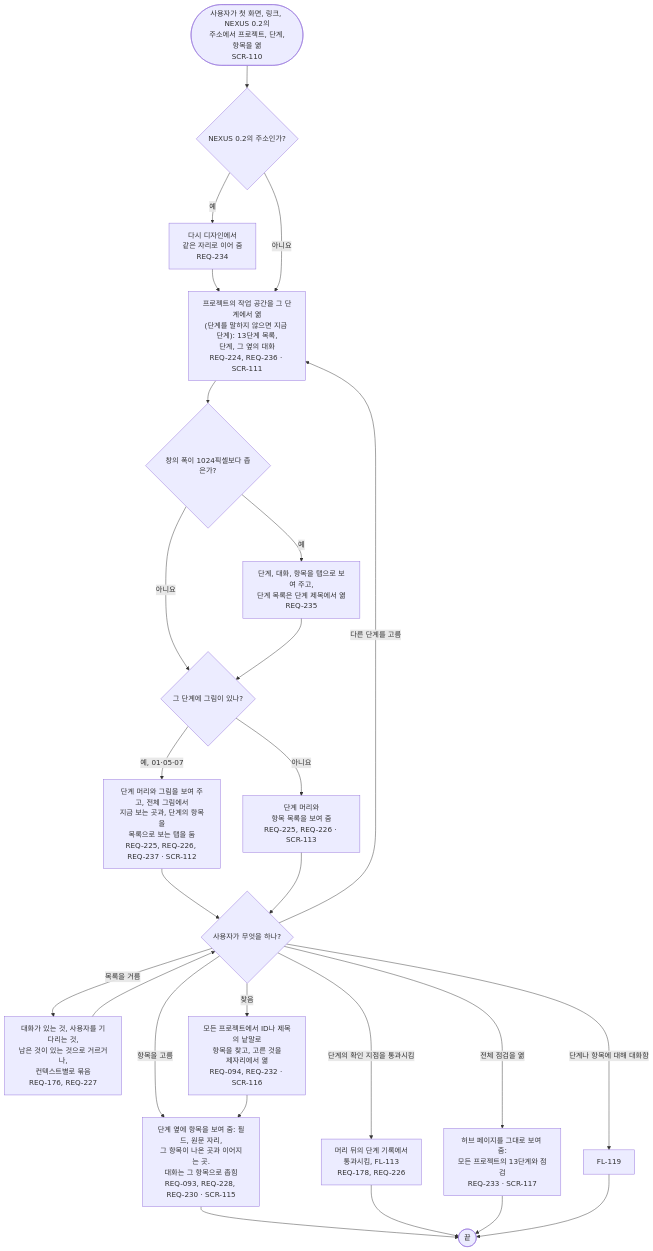
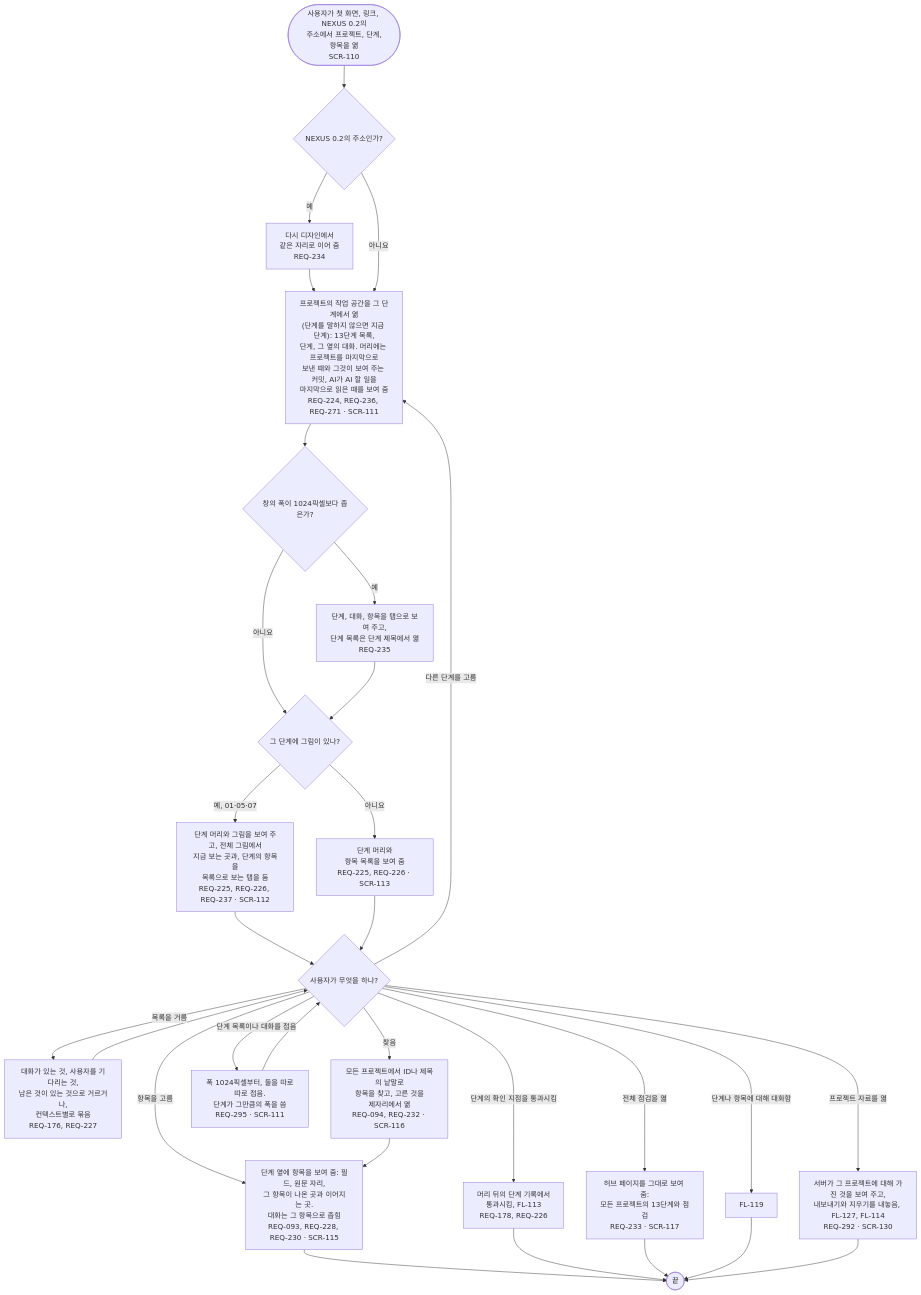
One commit to kodonghui/corthex-nexus changed the diagram in docs/03-user-flow/nexus/FL-118-find-the-way-in-a-project.ko.md. Above: the diagram before and after it, drawn with Mermaid. The commit also changed other lines of this file and 43 other files, not shown here.

````diff
--- a/docs/03-user-flow/nexus/FL-118-find-the-way-in-a-project.ko.md
+++ b/docs/03-user-flow/nexus/FL-118-find-the-way-in-a-project.ko.md
@@ -9,28 +9,32 @@
 ```mermaid
 flowchart TD
   A(["사용자가 첫 화면, 링크, NEXUS 0.2의<br/>주소에서 프로젝트, 단계,<br/>항목을 엶<br/>SCR-110"]) --> B{"NEXUS 0.2의 주소인가?"}
   B -->|예| B1["다시 디자인에서<br/>같은 자리로 이어 줌<br/>REQ-234"]
   B1 --> C
-  B -->|아니요| C["프로젝트의 작업 공간을 그 단계에서 엶<br/>(단계를 말하지 않으면 지금 단계): 13단계 목록,<br/>단계, 그 옆의 대화<br/>REQ-224, REQ-236 · SCR-111"]
+  B -->|아니요| C["프로젝트의 작업 공간을 그 단계에서 엶<br/>(단계를 말하지 않으면 지금 단계): 13단계 목록,<br/>단계, 그 옆의 대화. 머리에는 프로젝트를 마지막으로<br/>보낸 때와 그것이 보여 주는 커밋, AI가 AI 할 일을<br/>마지막으로 읽은 때를 보여 줌<br/>REQ-224, REQ-236, REQ-271 · SCR-111"]
   C --> W{"창의 폭이 1024픽셀보다 좁은가?"}
   W -->|예| W1["단계, 대화, 항목을 탭으로 보여 주고,<br/>단계 목록은 단계 제목에서 엶<br/>REQ-235"]
   W -->|아니요| D
   W1 --> D{"그 단계에 그림이 있나?"}
   D -->|예, 01·05·07| E["단계 머리와 그림을 보여 주고, 전체 그림에서<br/>지금 보는 곳과, 단계의 항목을<br/>목록으로 보는 탭을 둠<br/>REQ-225, REQ-226, REQ-237 · SCR-112"]
   D -->|아니요| F["단계 머리와<br/>항목 목록을 보여 줌<br/>REQ-225, REQ-226 · SCR-113"]
   E --> G{"사용자가 무엇을 하나?"}
   F --> G
   G -->|목록을 거름| H["대화가 있는 것, 사용자를 기다리는 것,<br/>남은 것이 있는 것으로 거르거나,<br/>컨텍스트별로 묶음<br/>REQ-176, REQ-227"]
   H --> G
   G -->|항목을 고름| I["단계 옆에 항목을 보여 줌: 필드, 원문 자리,<br/>그 항목이 나온 곳과 이어지는 곳.<br/>대화는 그 항목으로 좁힘<br/>REQ-093, REQ-228, REQ-230 · SCR-115"]
   I --> Z(["끝"])
   G -->|다른 단계를 고름| C
   G -->|찾음| J["모든 프로젝트에서 ID나 제목의 낱말로<br/>항목을 찾고, 고른 것을<br/>제자리에서 엶<br/>REQ-094, REQ-232 · SCR-116"]
   J --> I
   G -->|단계의 확인 지점을 통과시킴| K["머리 뒤의 단계 기록에서<br/>통과시킴, FL-113<br/>REQ-178, REQ-226"]
   K --> Z
   G -->|전체 점검을 엶| L["허브 페이지를 그대로 보여 줌:<br/>모든 프로젝트의 13단계와 점검<br/>REQ-233 · SCR-117"]
   L --> Z
   G -->|단계나 항목에 대해 대화함| M["FL-119"]
   M --> Z
+  G -->|단계 목록이나 대화를 접음| N["폭 1024픽셀부터, 둘을 따로따로 접음.<br/>단계가 그만큼의 폭을 씀<br/>REQ-295 · SCR-111"]
+  N --> G
+  G -->|프로젝트 자료를 엶| O["서버가 그 프로젝트에 대해 가진 것을 보여 주고,<br/>내보내기와 지우기를 내놓음, FL-127, FL-114<br/>REQ-292 · SCR-130"]
+  O --> Z
 ```
````
